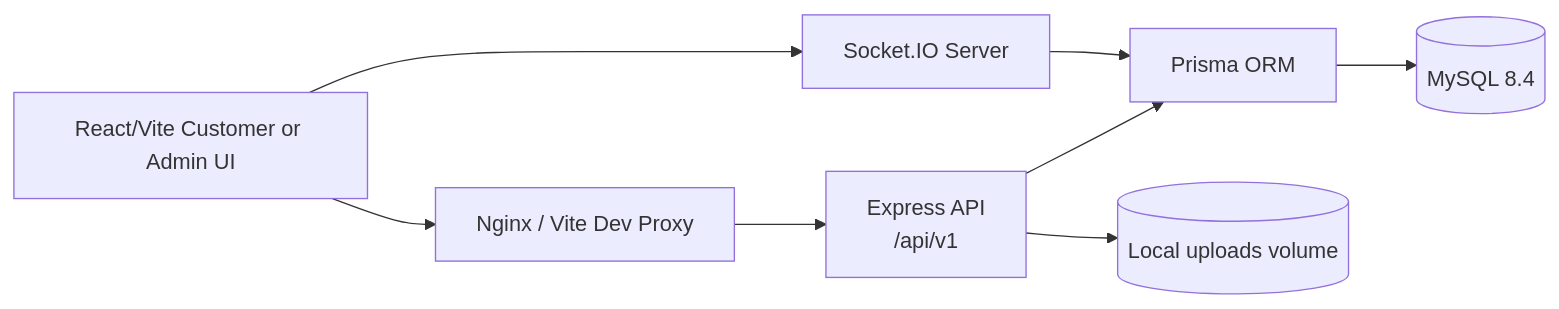
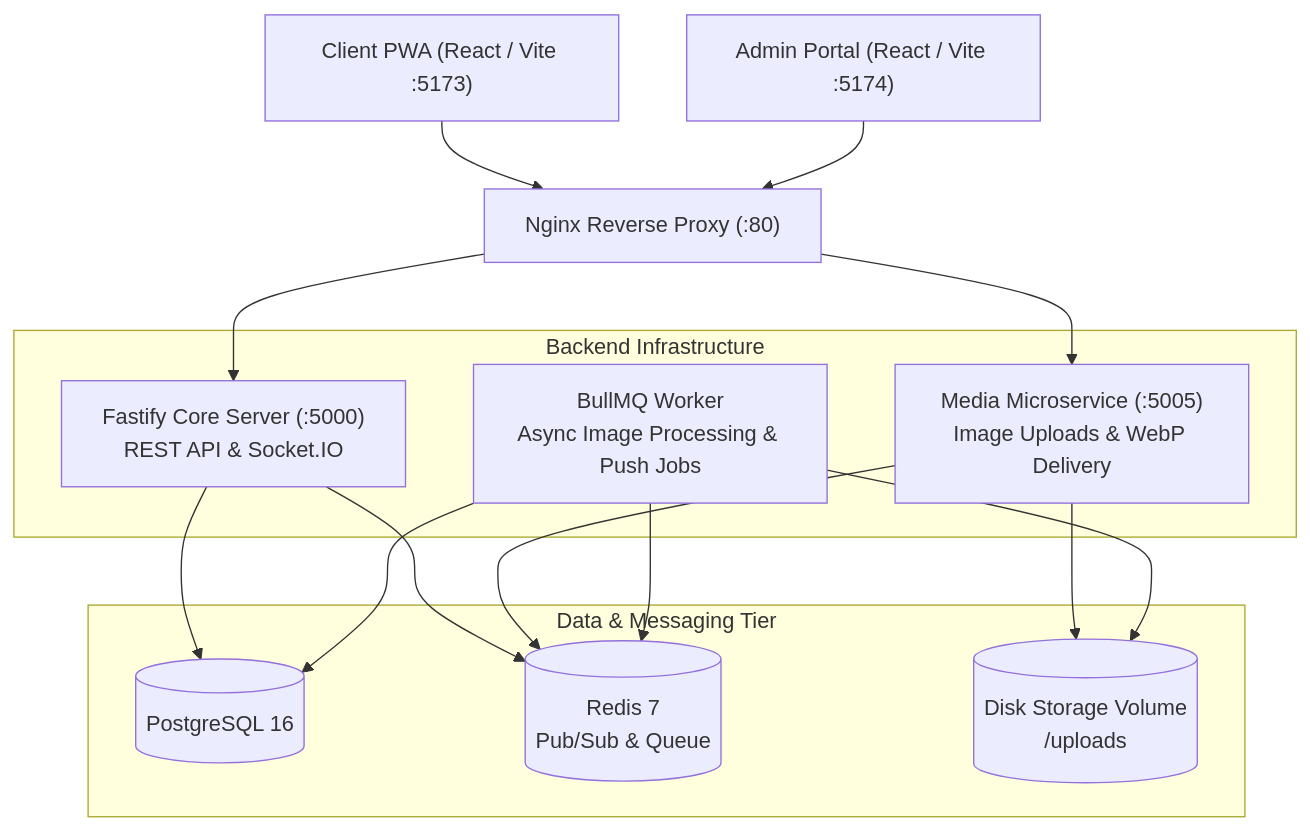
The first of 3 diagrams in docs/README.md (bnintelhub/olx), drawn with Mermaid before and after one commit. The commit also changed other lines of this file, not shown here.

````diff
--- a/docs/README.md
+++ b/docs/README.md
@@ -46,18 +41,31 @@
 ```mermaid
-flowchart LR
-    Browser["React/Vite Customer or Admin UI"]
-    Nginx["Nginx / Vite Dev Proxy"]
-    API["Express API<br/>/api/v1"]
-    Socket["Socket.IO Server"]
-    Prisma["Prisma ORM"]
-    DB[("MySQL 8.4")]
-    Uploads[("Local uploads volume")]
+flowchart TD
+    Client["Client PWA (React / Vite :5173)"]
+    Admin["Admin Portal (React / Vite :5174)"]
+    Nginx["Nginx Reverse Proxy (:80)"]
 
-    Browser --> Nginx
-    Nginx --> API
-    Browser --> Socket
-    API --> Prisma
-    Prisma --> DB
-    API --> Uploads
-    Socket --> Prisma
+    subgraph Backend_Services["Backend Infrastructure"]
+        Server["Fastify Core Server (:5000)<br/>REST API & Socket.IO"]
+        MediaService["Media Microservice (:5005)<br/>Image Uploads & WebP Delivery"]
+        Worker["BullMQ Worker<br/>Async Image Processing & Push Jobs"]
+    end
+
+    subgraph Data_Stores["Data & Messaging Tier"]
+        DB[("PostgreSQL 16")]
+        RedisStore[("Redis 7<br/>Pub/Sub & Queue")]
+        Storage[("Disk Storage Volume<br/>/uploads")]
+    end
+
+    Client --> Nginx
+    Admin --> Nginx
+    Nginx --> Server
+    Nginx --> MediaService
+
+    Server --> DB
+    Server --> RedisStore
+    MediaService --> Storage
+    MediaService --> RedisStore
+    Worker --> RedisStore
+    Worker --> DB
+    Worker --> Storage
 ```
````
